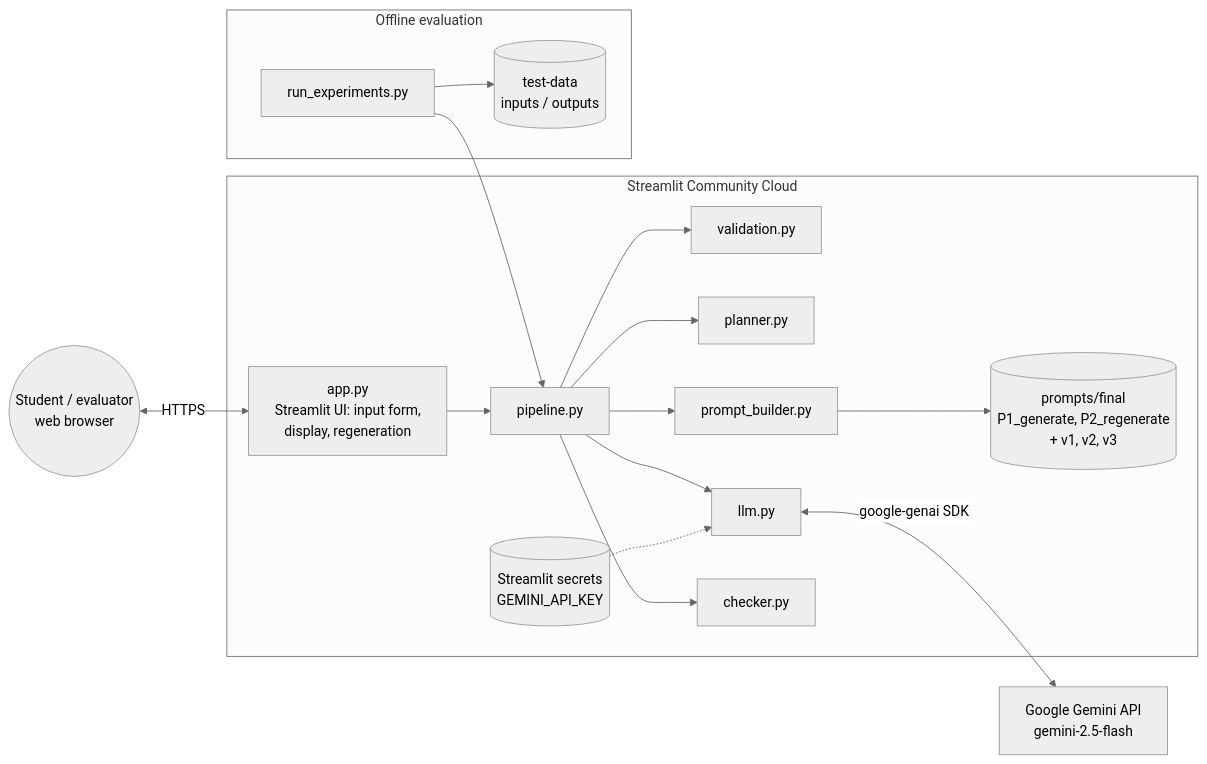
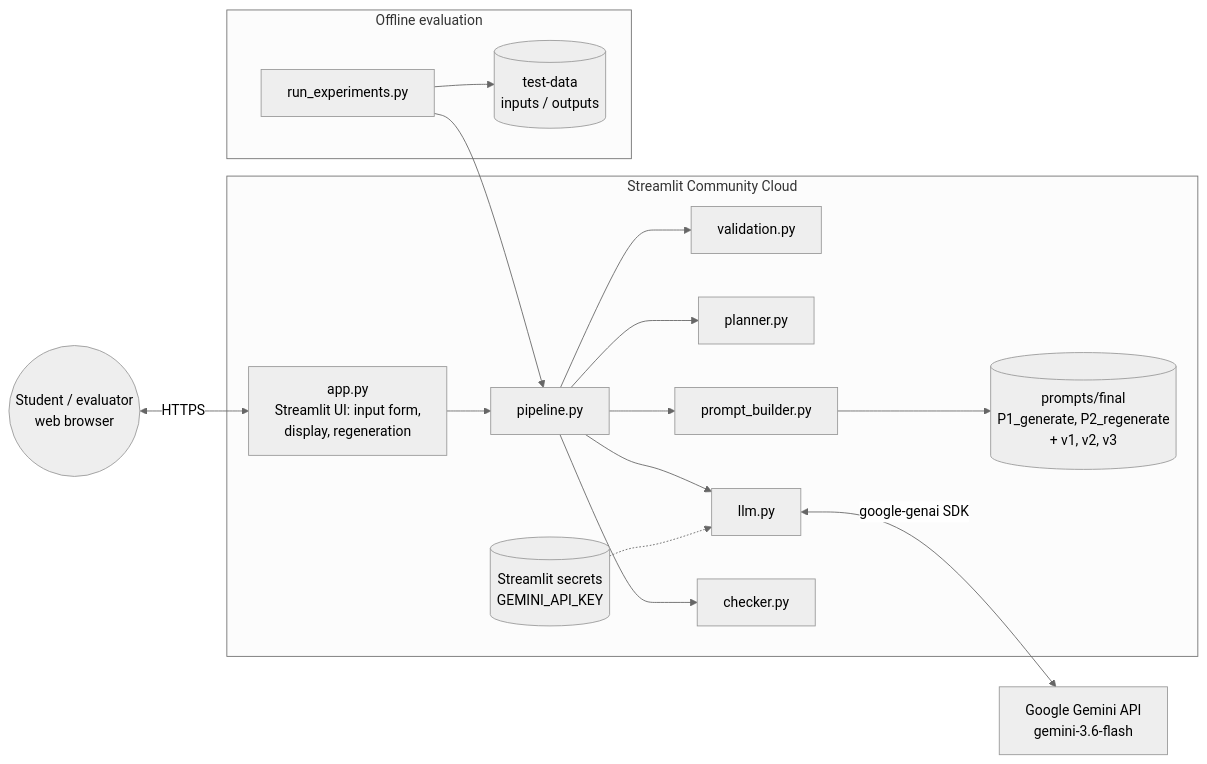
Before and after one commit to vanshgupta101106-droid/StudyFlow: the diagram in docs/diagrams/4_system_architecture.mmd, drawn with Mermaid (neutral theme). The commit also changed 12 other files, not shown here.

First line of the commit message:
Switch to gemini-3.6-flash, fill team details and contribution table

```diff
--- a/docs/diagrams/4_system_architecture.mmd
+++ b/docs/diagrams/4_system_architecture.mmd
@@ -1,17 +1,17 @@
 flowchart LR
     U((Student / evaluator<br/>web browser)) <-->|HTTPS| UI
     subgraph CLOUD[Streamlit Community Cloud]
         UI[app.py<br/>Streamlit UI: input form,<br/>display, regeneration] --> PL[pipeline.py]
         PL --> V[validation.py]
         PL --> PN[planner.py]
         PL --> PB[prompt_builder.py]
         PB --> PR[(prompts/final<br/>P1_generate, P2_regenerate<br/>+ v1, v2, v3)]
         PL --> L[llm.py]
         PL --> C[checker.py]
         S[(Streamlit secrets<br/>GEMINI_API_KEY)] -.-> L
     end
-    L <-->|google-genai SDK| G[Google Gemini API<br/>gemini-2.5-flash]
+    L <-->|google-genai SDK| G[Google Gemini API<br/>gemini-3.6-flash]
     subgraph OFF[Offline evaluation]
         E[run_experiments.py] --> PL
         E --> TD[(test-data<br/>inputs / outputs)]
     end
```
